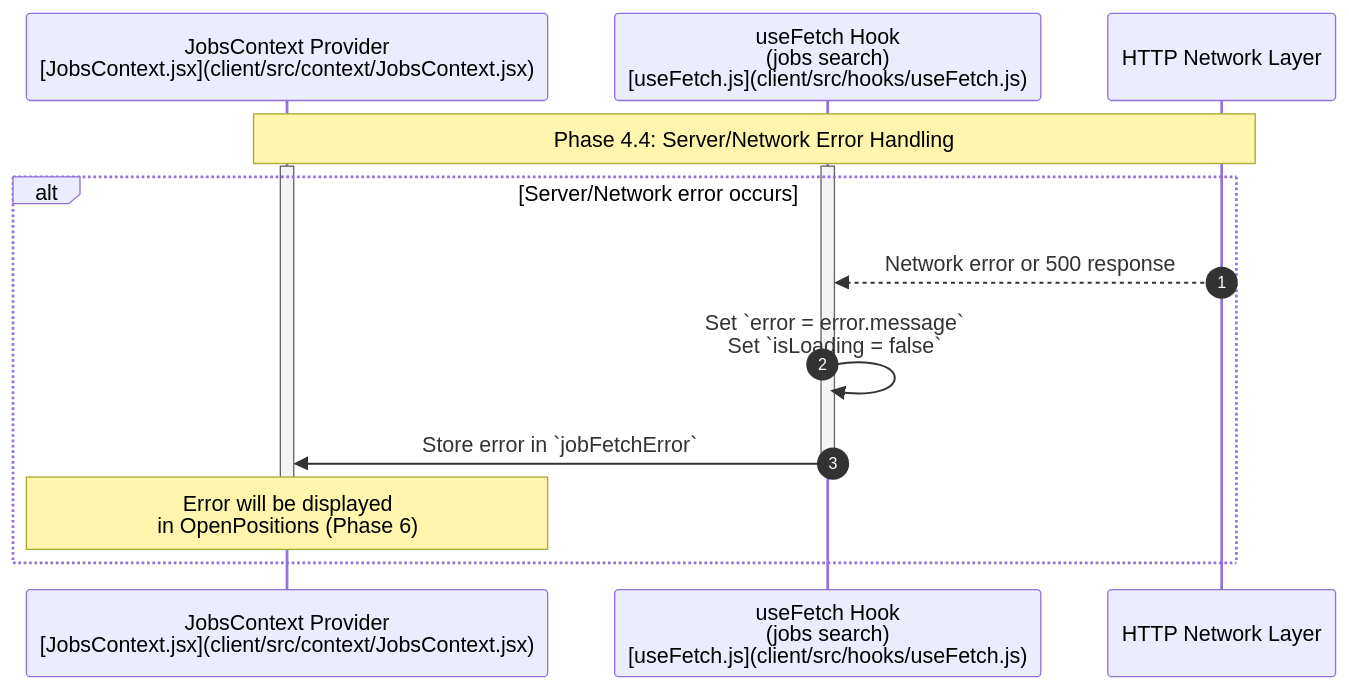
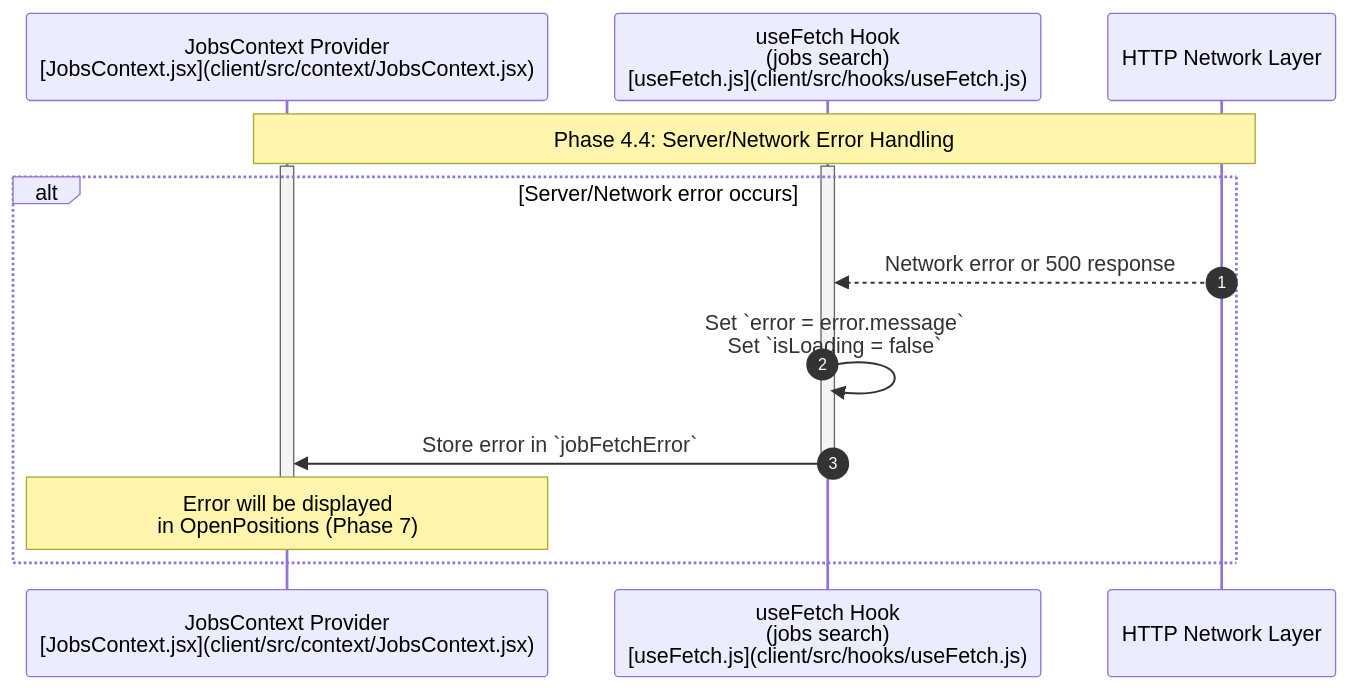
One commit to YahyaAl-Ademi/2025.10.23-JobCompass changed the diagram in documentation/jobFetch/4.4.Server-Network Error Handling.md. Above: the diagram before and after it, drawn with Mermaid. The commit also changed other lines of this file and 8 other files, not shown here.

````diff
--- a/documentation/jobFetch/4.4.Server-Network Error Handling.md
+++ b/documentation/jobFetch/4.4.Server-Network Error Handling.md
@@ -7,20 +7,20 @@
 ```mermaid
 sequenceDiagram
     autonumber
     participant JobsContext as JobsContext Provider<br/>[JobsContext.jsx](client/src/context/JobsContext.jsx)
     participant useFetch_1 as useFetch Hook<br/>(jobs search)<br/>[useFetch.js](client/src/hooks/useFetch.js)
     participant FrontendNetwork as HTTP Network Layer
 
     Note over JobsContext,FrontendNetwork: Phase 4.4: Server/Network Error Handling
     activate JobsContext
     activate useFetch_1
 
     alt Server/Network error occurs
         FrontendNetwork-->>useFetch_1: Network error or 500 response
         useFetch_1->>useFetch_1: Set `error = error.message`<br/>Set `isLoading = false`
         useFetch_1->>JobsContext: Store error in `jobFetchError`
         deactivate useFetch_1
-        Note over JobsContext: Error will be displayed<br/>in OpenPositions (Phase 6)
+        Note over JobsContext: Error will be displayed<br/>in OpenPositions (Phase 7)
         deactivate JobsContext
     end
 ```
````
